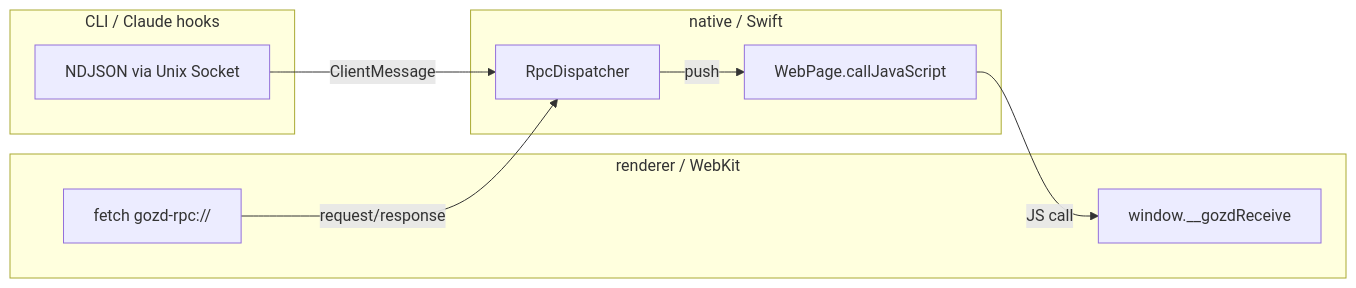
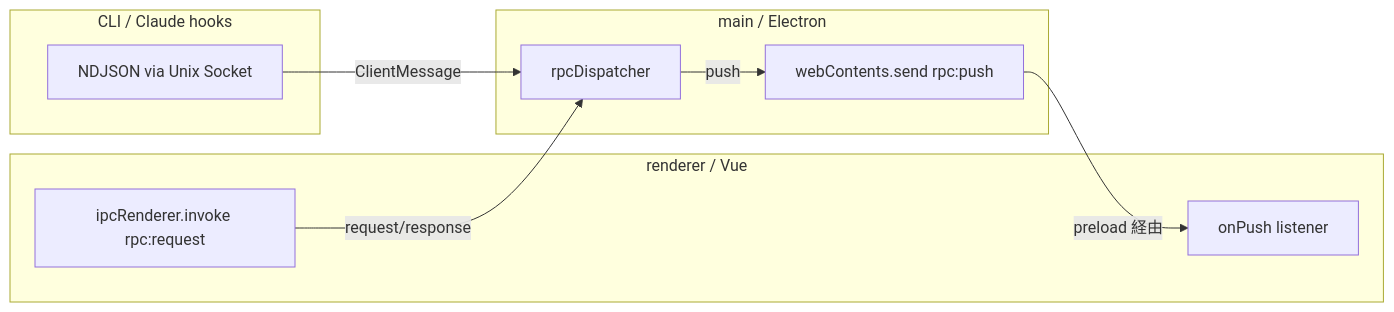
One commit to miyaoka/gozd changed the diagram in docs/rpc.md. Above: the diagram before and after it, drawn with Mermaid. The commit also changed other lines of this file and 52 other files, not shown here.

````diff
--- a/docs/rpc.md
+++ b/docs/rpc.md
@@ -43,20 +43,20 @@
 ```mermaid
 flowchart LR
-    subgraph renderer [renderer / WebKit]
-        REQ[fetch gozd-rpc://]
-        RECV[window.__gozdReceive]
+    subgraph renderer [renderer / Vue]
+        REQ[ipcRenderer.invoke rpc:request]
+        RECV[onPush listener]
     end
 
-    subgraph native [native / Swift]
-        DISP[RpcDispatcher]
-        PAGE[WebPage.callJavaScript]
+    subgraph main [main / Electron]
+        DISP[rpcDispatcher]
+        PUSH[webContents.send rpc:push]
     end
 
     subgraph cli [CLI / Claude hooks]
         SOCK[NDJSON via Unix Socket]
     end
 
     REQ -->|request/response| DISP
-    DISP -->|push| PAGE -->|JS call| RECV
+    DISP -->|push| PUSH -->|preload 経由| RECV
     SOCK -->|ClientMessage| DISP
 ```
````
